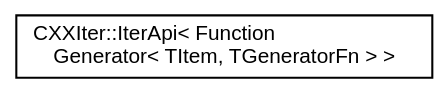
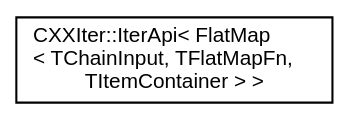
The diagram in inherit_graph_4.dot (seijikun/CXXIter), drawn with Graphviz before and after one commit. The commit also changed 54 other files, not shown here.

```diff
--- a/inherit_graph_4.dot
+++ b/inherit_graph_4.dot
@@ -1,10 +1,10 @@
 digraph "Graphical Class Hierarchy"
 {
  // INTERACTIVE_SVG=YES
  // LATEX_PDF_SIZE
   bgcolor="transparent";
   edge [fontname="Helvetica",fontsize="10",labelfontname="Helvetica",labelfontsize="10"];
   node [fontname="Helvetica",fontsize="10",shape=record];
   rankdir="LR";
-  Node0 [label="CXXIter::IterApi\< Function\lGenerator\< TItem, TGeneratorFn \> \>",height=0.2,width=0.4,color="black",URL="$classCXXIter_1_1IterApi.html",tooltip=" "];
+  Node0 [label="CXXIter::IterApi\< FlatMap\l\< TChainInput, TFlatMapFn,\l TItemContainer \> \>",height=0.2,width=0.4,color="black",URL="$classCXXIter_1_1IterApi.html",tooltip=" "];
 }
```
